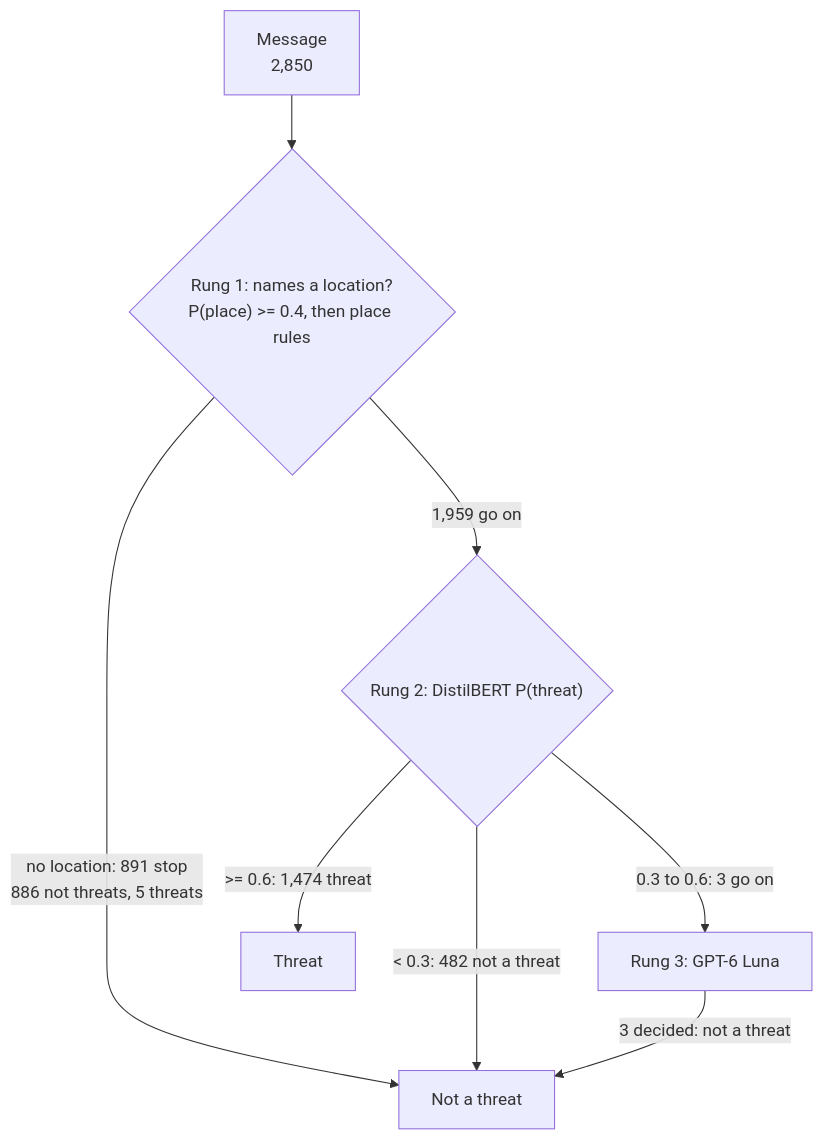
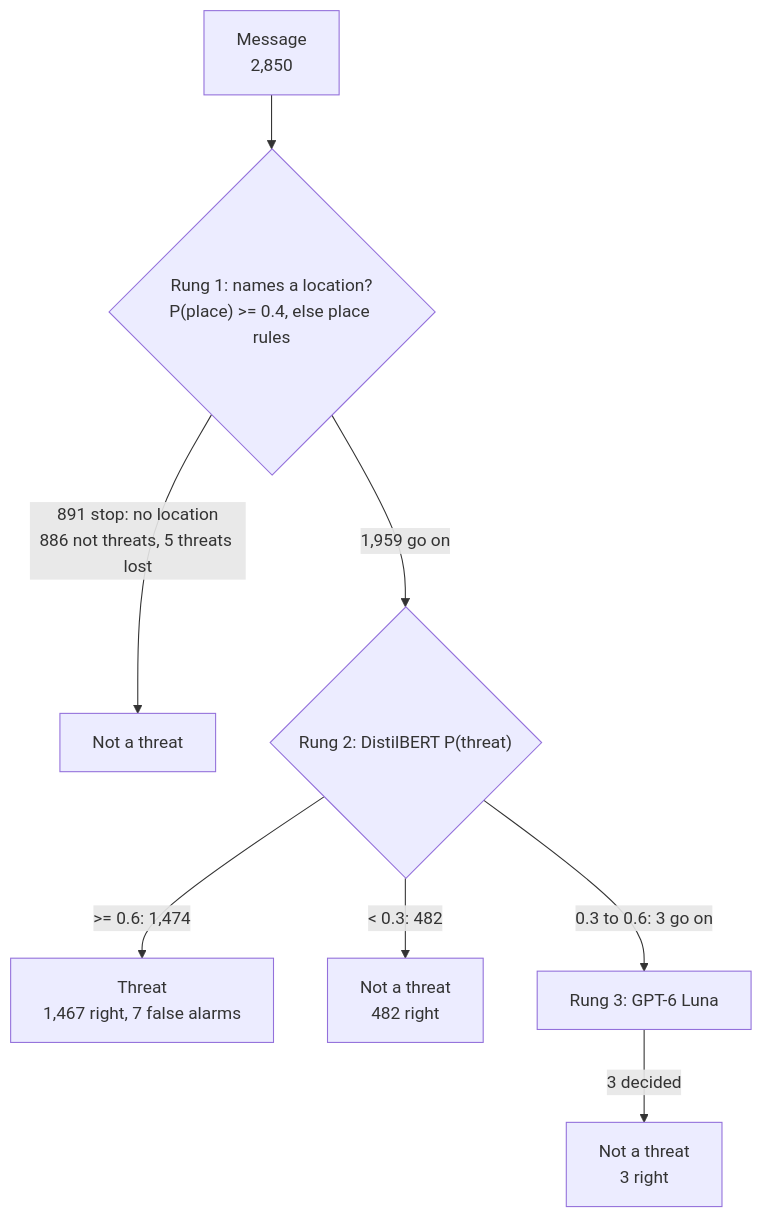
Before and after one commit to JayJajooEAI/DRP: the diagram in inference/PhysicalThreatFacility/README.md, drawn with Mermaid. The commit also changed other lines of this file and 5 other files, not shown here.

````diff
--- a/inference/PhysicalThreatFacility/README.md
+++ b/inference/PhysicalThreatFacility/README.md
@@ -40,10 +30,10 @@
 ```mermaid
 flowchart TD
-    A["Message<br/>2,850"] --> B{"Rung 1: names a location?<br/>P(place) >= 0.4, then place rules"}
-    B -->|"no location: 891 stop<br/>886 not threats, 5 threats"| N["Not a threat"]
+    A["Message<br/>2,850"] --> B{"Rung 1: names a location?<br/>P(place) >= 0.4, else place rules"}
+    B -->|"891 stop: no location<br/>886 not threats, 5 threats lost"| N["Not a threat"]
     B -->|"1,959 go on"| C{"Rung 2: DistilBERT P(threat)"}
-    C -->|">= 0.6: 1,474 threat"| Y["Threat"]
-    C -->|"< 0.3: 482 not a threat"| N
+    C -->|">= 0.6: 1,474"| Y["Threat<br/>1,467 right, 7 false alarms"]
+    C -->|"< 0.3: 482"| N2["Not a threat<br/>482 right"]
     C -->|"0.3 to 0.6: 3 go on"| D["Rung 3: GPT-6 Luna"]
-    D -->|"3 decided: not a threat"| N
+    D -->|"3 decided"| N3["Not a threat<br/>3 right"]
 ```
````
